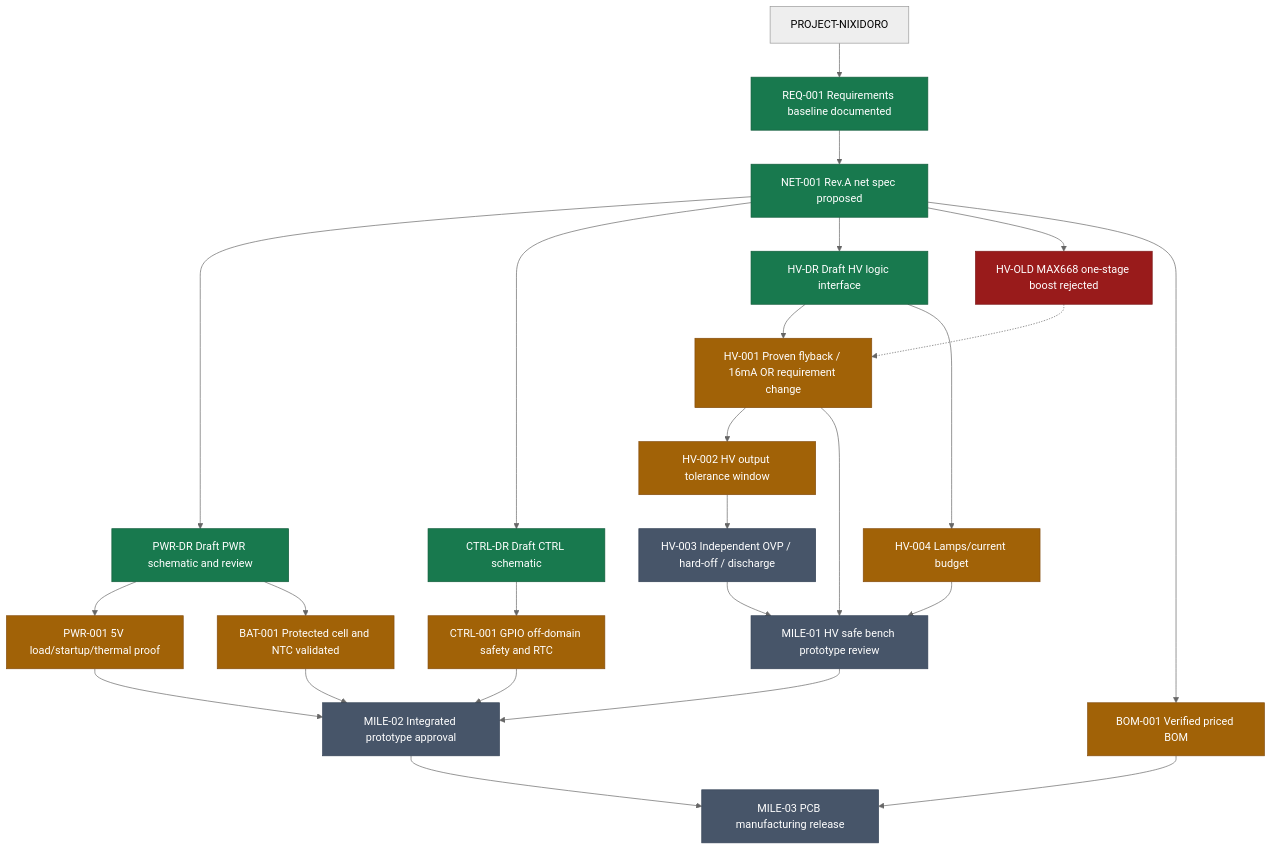
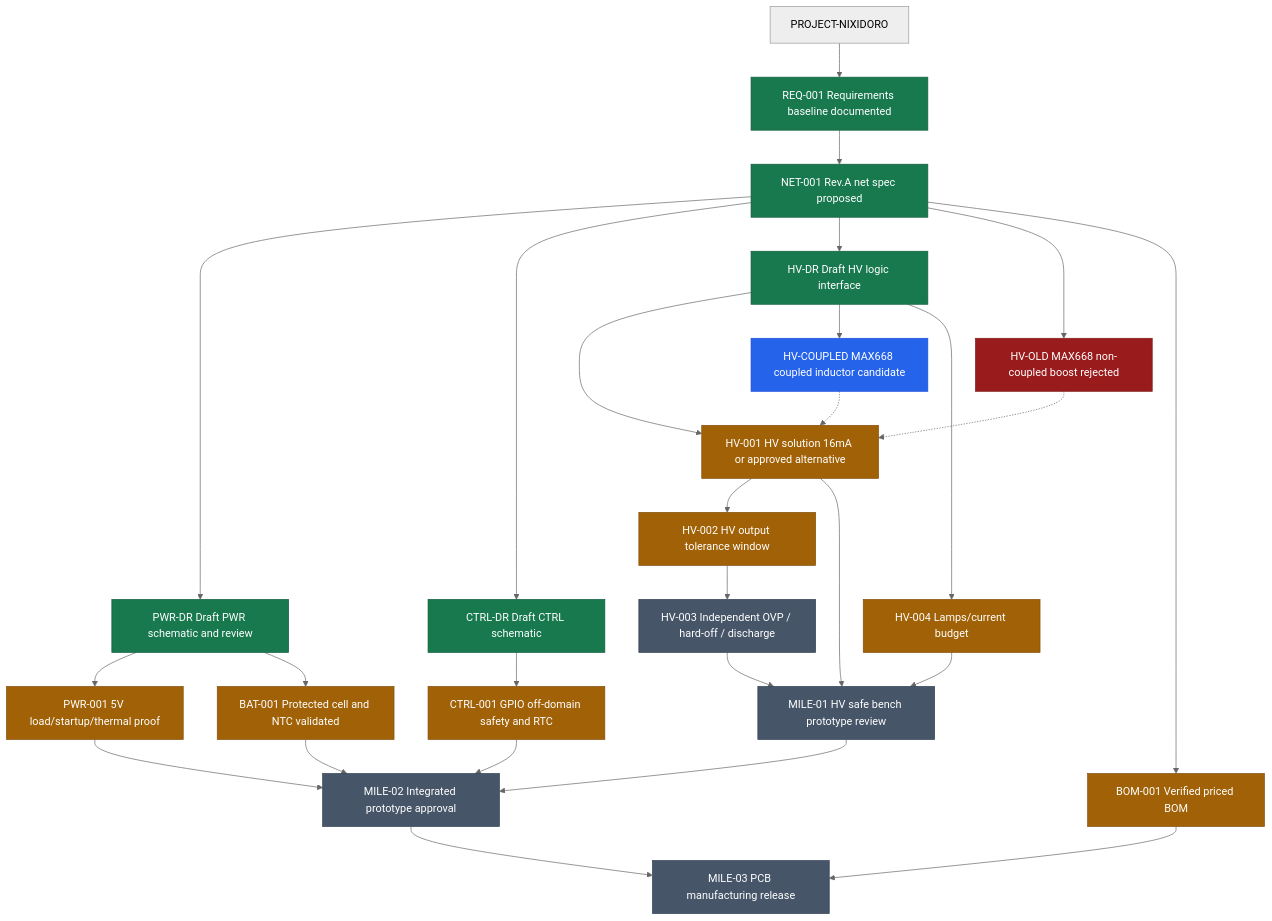
Before and after one commit to mitsu32m/PROJECT-NIXIDORO: the diagram in docs/tech-tree.md, drawn with Mermaid (neutral theme). The commit also changed other lines of this file, not shown here.

Commit message:
docs: render MAX668 coupled-inductor alternative in tech tree

````diff
--- a/docs/tech-tree.md
+++ b/docs/tech-tree.md
@@ -9,52 +9,57 @@
 ```mermaid
 flowchart TB
   ROOT["PROJECT-NIXIDORO"]
   REQ["REQ-001 Requirements baseline documented"]
   NET["NET-001 Rev.A net spec proposed"]
   PWRD["PWR-DR Draft PWR schematic and review"]
   CTRLD["CTRL-DR Draft CTRL schematic"]
   HVD["HV-DR Draft HV logic interface"]
-  BOOST["HV-OLD MAX668 one-stage boost rejected"]
-  HVF["HV-001 Proven flyback / 16mA OR requirement change"]
+  BOOST["HV-OLD MAX668 non-coupled boost rejected"]
+  HVF["HV-001 HV solution 16mA or approved alternative"]
+  COUPLED["HV-COUPLED MAX668 coupled inductor candidate"]
   HVW["HV-002 HV output tolerance window"]
   HVS["HV-003 Independent OVP / hard-off / discharge"]
   PWR["PWR-001 5V load/startup/thermal proof"]
   BAT["BAT-001 Protected cell and NTC validated"]
   LAMP["HV-004 Lamps/current budget"]
   CTRL["CTRL-001 GPIO off-domain safety and RTC"]
   BOM["BOM-001 Verified priced BOM"]
   HVPROTO["MILE-01 HV safe bench prototype review"]
   INTEG["MILE-02 Integrated prototype approval"]
   PCB["MILE-03 PCB manufacturing release"]
   ROOT --> REQ --> NET
   NET --> PWRD
   NET --> CTRLD
   NET --> HVD
   NET --> BOOST
   HVD --> HVF
+  HVD --> COUPLED
+  COUPLED -.-> HVF
   BOOST -.-> HVF
   HVF --> HVW
   HVW --> HVS
   HVD --> LAMP
   PWRD --> PWR
   PWRD --> BAT
   CTRLD --> CTRL
   NET --> BOM
   HVS --> HVPROTO
   LAMP --> HVPROTO
   HVF --> HVPROTO
   PWR --> INTEG
   BAT --> INTEG
   CTRL --> INTEG
   HVPROTO --> INTEG
   BOM --> PCB
   INTEG --> PCB
   classDef documented fill:#18794e,color:#fff,stroke:#125c3b
   classDef active fill:#a16207,color:#fff,stroke:#854d0e
   classDef locked fill:#475569,color:#fff,stroke:#334155
   classDef rejected fill:#991b1b,color:#fff,stroke:#7f1d1d
+  classDef alternative fill:#2563eb,color:#fff,stroke:#1d4ed8
   class REQ,NET,PWRD,CTRLD,HVD documented
   class HVF,HVW,PWR,BAT,LAMP,CTRL,BOM active
   class HVS,HVPROTO,INTEG,PCB locked
   class BOOST rejected
+  class COUPLED alternative
 ```
````
